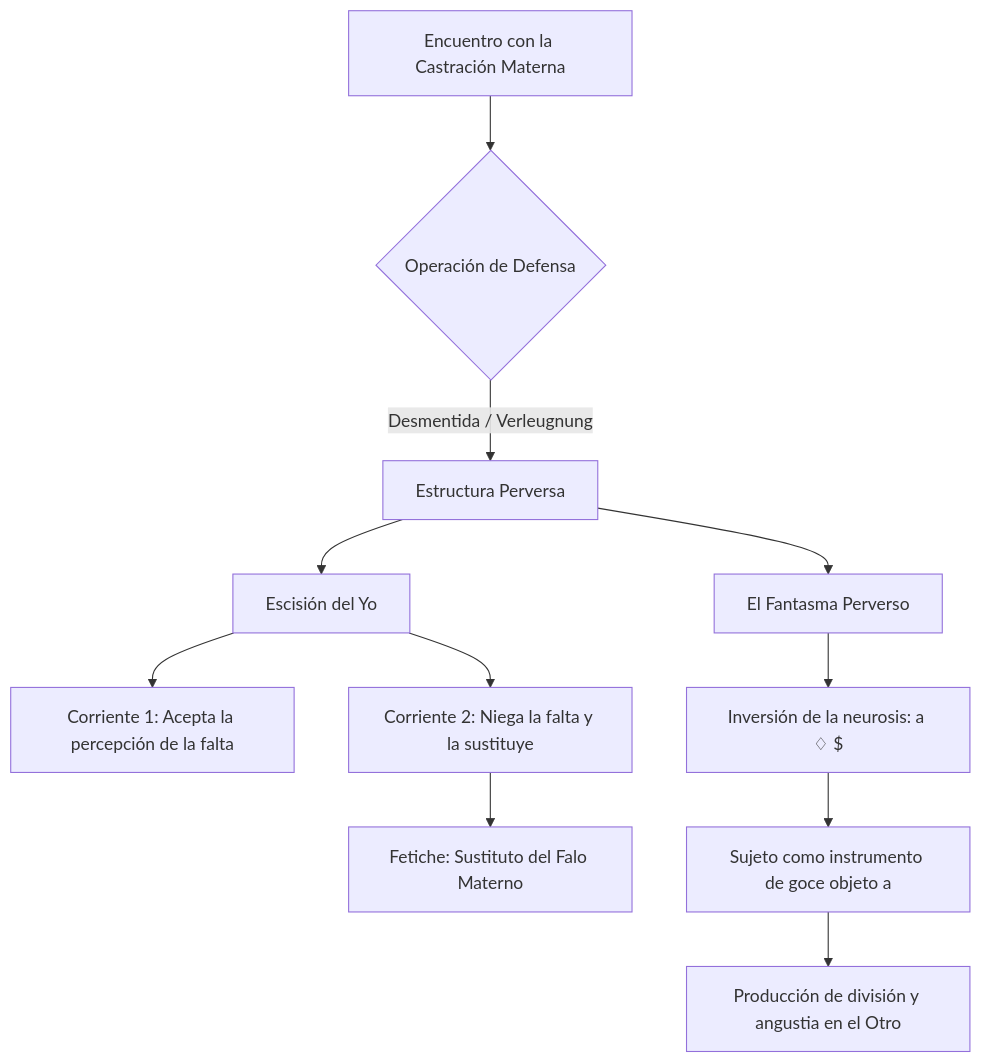
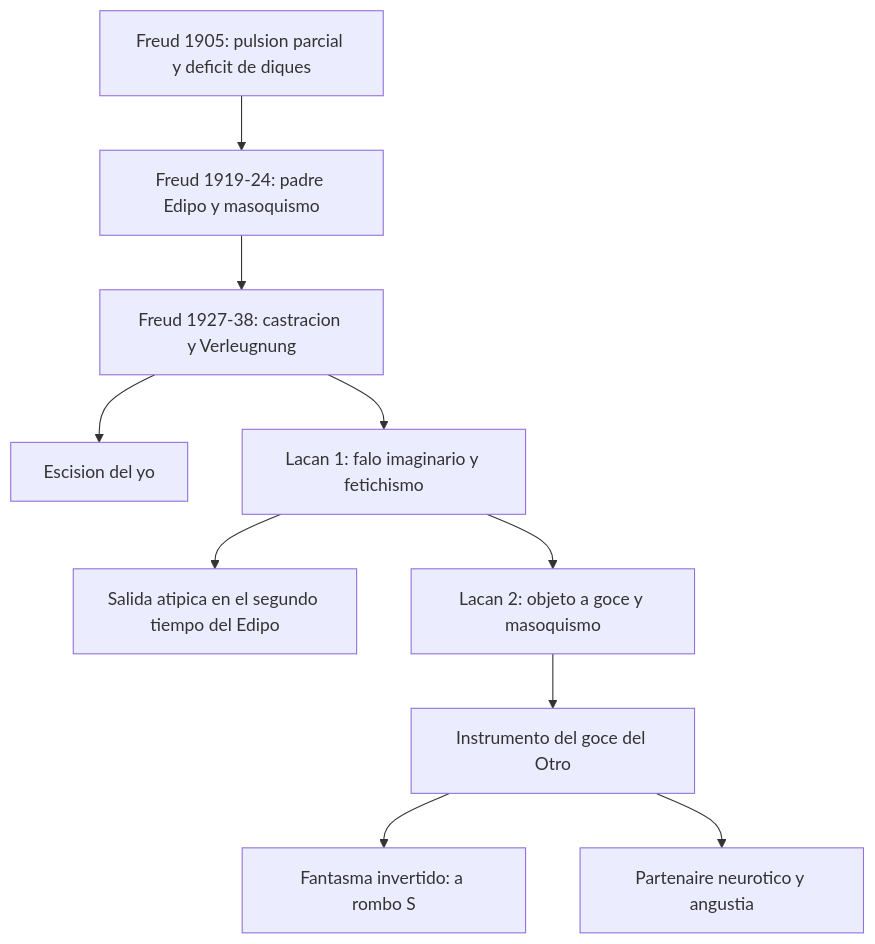
Before and after one commit to Franco4447/psicologia-favaloro: the diagram in 2do Año/Psicoanálisis/3_Guias_de_Estudio/C16_LaPerversionEnFreudYLacan_Guia.md, drawn with Mermaid. The commit also changed other lines of this file and 45 other files, not shown here.

First line of the commit message:
Psicoanálisis: guías, flashcards y Word para el 2.º parcial (C13–C23 y defensa)

````diff
--- a/2do Año/Psicoanálisis/3_Guias_de_Estudio/C16_LaPerversionEnFreudYLacan_Guia.md
+++ b/2do Año/Psicoanálisis/3_Guias_de_Estudio/C16_LaPerversionEnFreudYLacan_Guia.md
@@ -43,15 +198,12 @@
 ```mermaid
 graph TD
-    A[Encuentro con la Castración Materna] --> B{Operación de Defensa}
-    B -->|Desmentida / Verleugnung| C[Estructura Perversa]
-    
-    C --> D[Escisión del Yo]
-    D --> E[Corriente 1: Acepta la percepción de la falta]
-    D --> F[Corriente 2: Niega la falta y la sustituye]
-    F --> G[Fetiche: Sustituto del Falo Materno]
-    
-    C --> H[El Fantasma Perverso]
-    H --> I[Inversión de la neurosis: a ♢ $]
-    I --> J[Sujeto como instrumento de goce objeto a]
-    J --> K[Producción de división y angustia en el Otro]
+    A[Freud 1905: pulsion parcial y deficit de diques] --> B[Freud 1919-24: padre Edipo y masoquismo]
+    B --> C[Freud 1927-38: castracion y Verleugnung]
+    C --> D[Escision del yo]
+    C --> E[Lacan 1: falo imaginario y fetichismo]
+    E --> F[Salida atipica en el segundo tiempo del Edipo]
+    E --> G[Lacan 2: objeto a goce y masoquismo]
+    G --> H[Instrumento del goce del Otro]
+    H --> I[Fantasma invertido: a rombo S]
+    H --> J[Partenaire neurotico y angustia]
 ```
````
